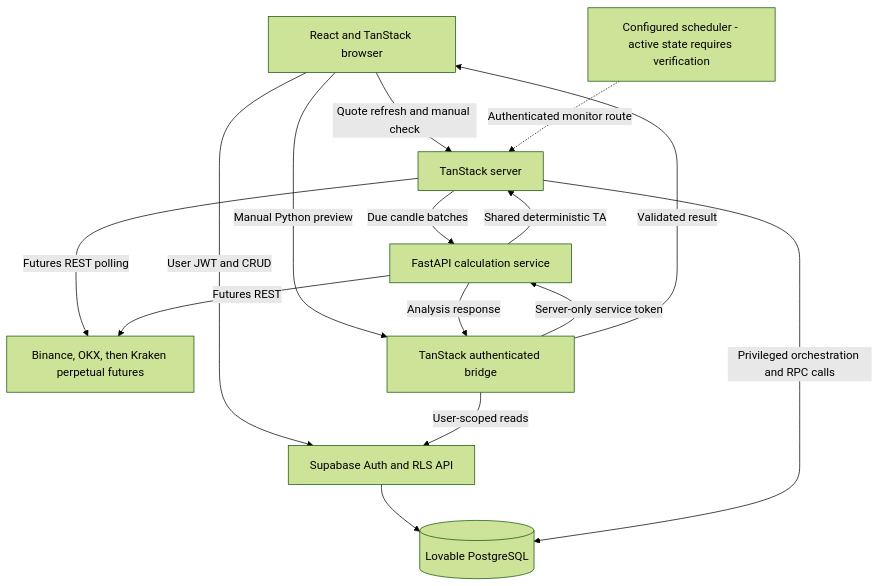
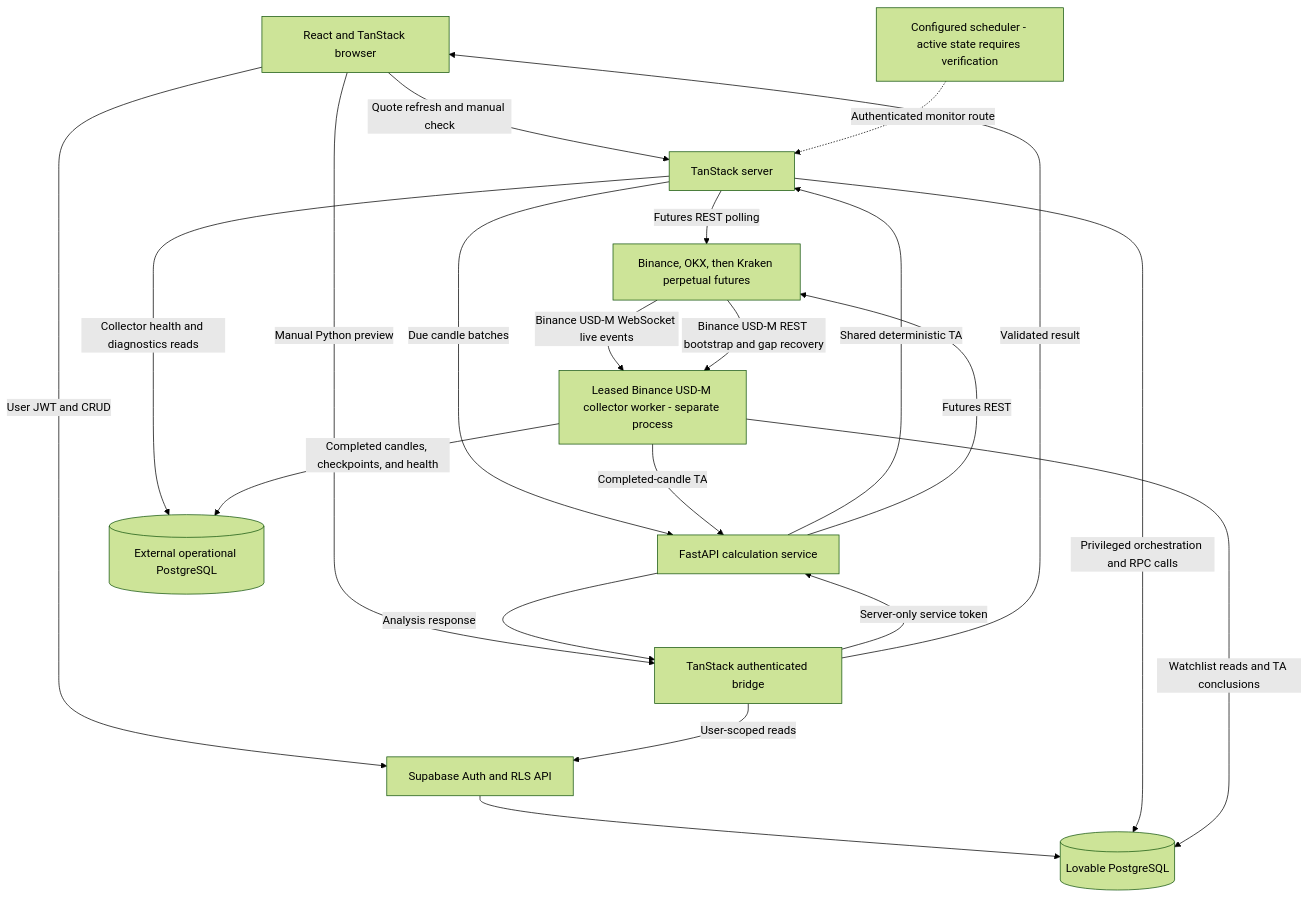
The first of 2 diagrams in docs/product-direction.md (ibrahimjaved12/crypto-watcher), drawn with Mermaid (forest theme) before and after one commit. The commit also changed other lines of this file and 1 other file, not shown here.

````diff
--- a/docs/product-direction.md
+++ b/docs/product-direction.md
@@ -165,17 +165,23 @@
 ```mermaid
 flowchart TD
     Browser[React and TanStack browser] -->|User JWT and CRUD|Supabase[Supabase Auth and RLS API]
     Supabase --> Lovable[(Lovable PostgreSQL)]
     Browser -->|Quote refresh and manual check|TS[TanStack server]
     Job[Configured scheduler - active state requires verification] -.->|Authenticated monitor route|TS
     TS -->|Futures REST polling|Futures[Binance, OKX, then Kraken perpetual futures]
     TS -->|Due candle batches|API[FastAPI calculation service]
     API -->|Shared deterministic TA|TS
     TS -->|Privileged orchestration and RPC calls|Lovable
+    TS -->|Collector health and diagnostics reads|Operational[(External operational PostgreSQL)]
+    Futures -->|Binance USD-M WebSocket live events|Worker[Leased Binance USD-M collector worker - separate process]
+    Futures -->|Binance USD-M REST bootstrap and gap recovery|Worker
+    Worker -->|Completed candles, checkpoints, and health|Operational
+    Worker -->|Completed-candle TA|API
+    Worker -->|Watchlist reads and TA conclusions|Lovable
     Browser -->|Manual Python preview|Bridge[TanStack authenticated bridge]
     Bridge -->|User-scoped reads|Supabase
     Bridge -->|Server-only service token|API
     API -->|Futures REST|Futures
     API -->|Analysis response|Bridge
     Bridge -->|Validated result|Browser
 ```
````
